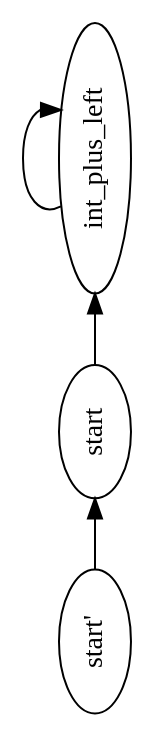
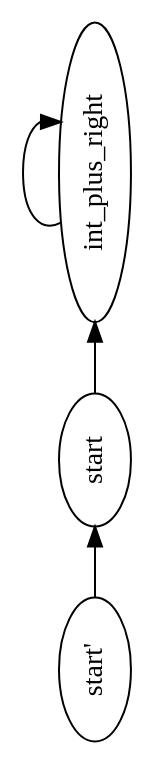
One commit to LapinTade/TPL3 changed the diagram in AS/_build/arithpar.dot. Above: the diagram before and after it, drawn with Graphviz. The commit also changed 34 other files, not shown here.

```diff
--- a/AS/_build/arithpar.dot
+++ b/AS/_build/arithpar.dot
@@ -1,12 +1,12 @@
 digraph G {
 orientation = landscape;
 rankdir = LR;
 ratio = compress;
 nt0 [ label="start'" ] ;
 nt1 [ label="start" ] ;
-nt2 [ label="int_plus_left" ] ;
+nt2 [ label="int_plus_right" ] ;
 nt0 -> nt1 [ label="" ] ;
 nt1 -> nt2 [ label="" ] ;
 nt2 -> nt2 [ label="" ] ;
 
 }
```
